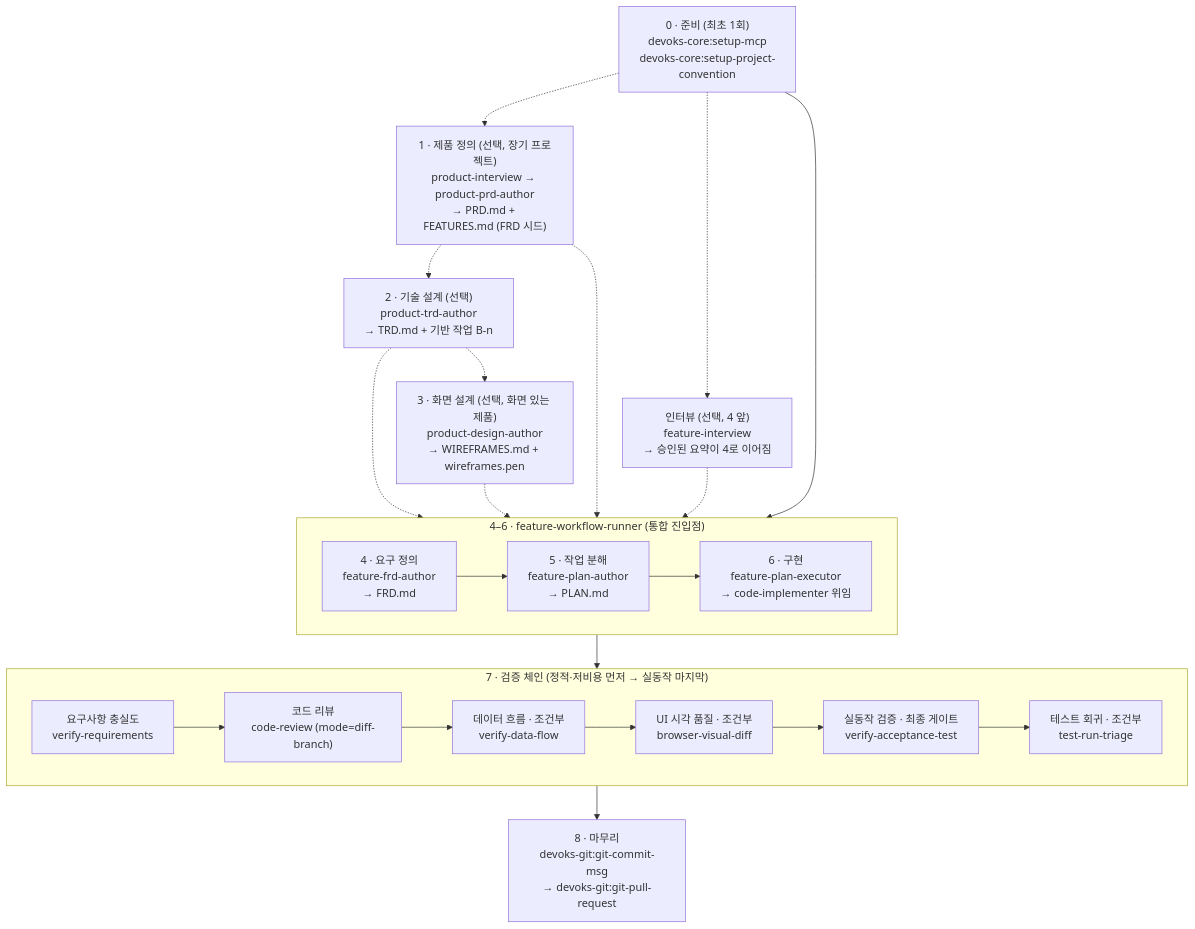
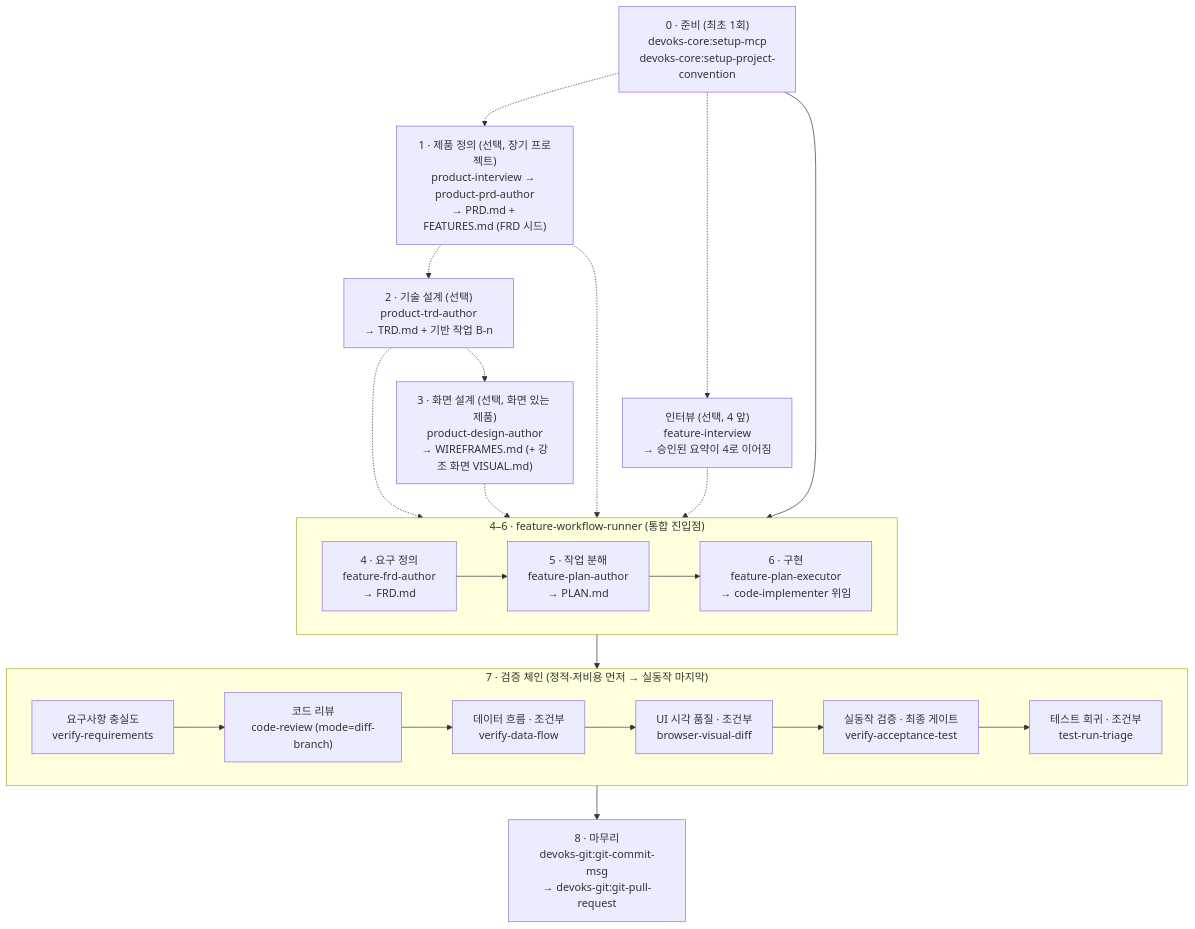
One commit to ridsync/devoks-team-harness changed the diagram in docs/README.ko.md. Above: the diagram before and after it, drawn with Mermaid. The commit also changed 16 other files, not shown here.

First line of the commit message:
feat(devoks-sdlc): product-design-author 비주얼 디자인 단계(phase=visual) 추가

````diff
--- a/docs/README.ko.md
+++ b/docs/README.ko.md
@@ -108,45 +108,45 @@
 ```mermaid
 flowchart TD
     S["0 · 준비 (최초 1회)<br/>devoks-core:setup-mcp<br/>devoks-core:setup-project-convention"]
 
     PRD["1 · 제품 정의 (선택, 장기 프로젝트)<br/>product-interview → product-prd-author<br/>→ PRD.md + FEATURES.md (FRD 시드)"]
 
     TRD["2 · 기술 설계 (선택)<br/>product-trd-author<br/>→ TRD.md + 기반 작업 B-n"]
 
-    WF["3 · 화면 설계 (선택, 화면 있는 제품)<br/>product-design-author<br/>→ WIREFRAMES.md + wireframes.pen"]
+    WF["3 · 화면 설계 (선택, 화면 있는 제품)<br/>product-design-author<br/>→ WIREFRAMES.md (+ 강조 화면 VISUAL.md)"]
 
     D["인터뷰 (선택, 4 앞)<br/>feature-interview<br/>→ 승인된 요약이 4로 이어짐"]
 
     subgraph BUILD["4–6 · feature-workflow-runner (통합 진입점)"]
         direction LR
         F["4 · 요구 정의<br/>feature-frd-author<br/>→ FRD.md"]
         P["5 · 작업 분해<br/>feature-plan-author<br/>→ PLAN.md"]
         I["6 · 구현<br/>feature-plan-executor<br/>→ code-implementer 위임"]
         F --> P --> I
     end
 
     subgraph VERIFY["7 · 검증 체인 (정적·저비용 먼저 → 실동작 마지막)"]
         direction LR
         V1["요구사항 충실도<br/>verify-requirements"]
         V2["코드 리뷰<br/>code-review (mode=diff-branch)"]
         V3["데이터 흐름 · 조건부<br/>verify-data-flow"]
         V4["UI 시각 품질 · 조건부<br/>browser-visual-diff"]
         V5["실동작 검증 · 최종 게이트<br/>verify-acceptance-test"]
         V6["테스트 회귀 · 조건부<br/>test-run-triage"]
         V1 --> V2 --> V3 --> V4 --> V5 --> V6
     end
 
     C["8 · 마무리<br/>devoks-git:git-commit-msg<br/>→ devoks-git:git-pull-request"]
 
     S --> BUILD
     S -.-> PRD
     PRD -.-> TRD
     TRD -.-> F
     TRD -.-> WF
     WF -.-> F
     PRD -.-> F
     S -.-> D
     D -.-> F
     BUILD --> VERIFY
     VERIFY --> C
 ```
````
